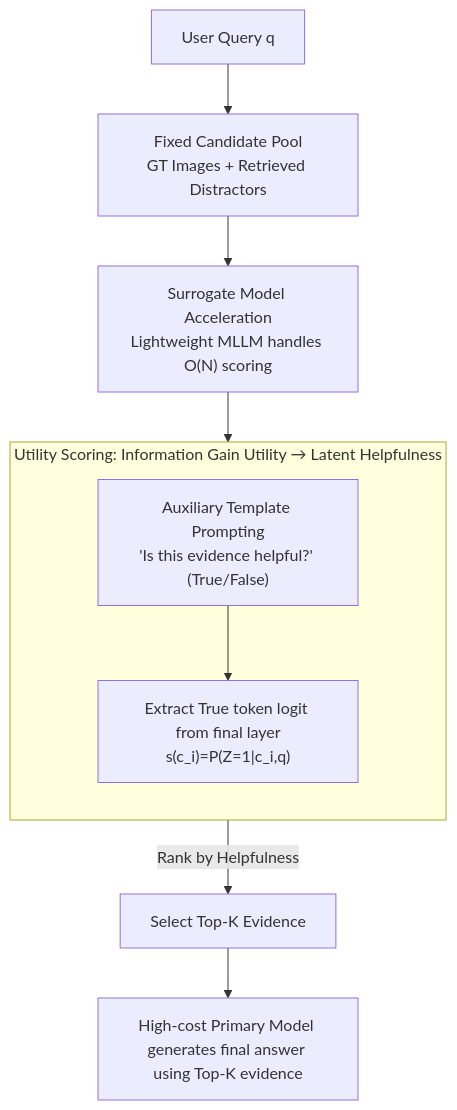
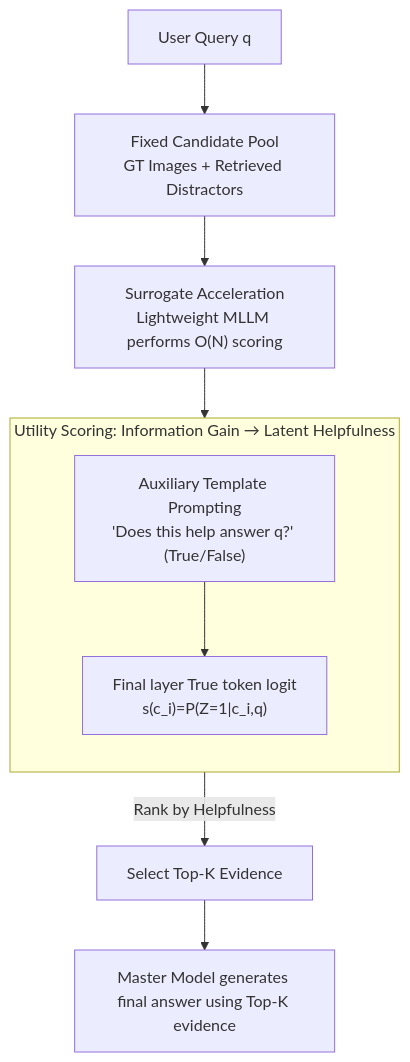
The diagram in docs/ACL2026/multimodal_vlm/utility-oriented_visual_evidence_selection_for_multimodal_retrieval-augmented_ge.md (zhaoyang97/Paper-Notes-en), drawn with Mermaid before and after one commit. The commit also changed other lines of this file and 5084 other files, not shown here.

````diff
--- a/docs/ACL2026/multimodal_vlm/utility-oriented_visual_evidence_selection_for_multimodal_retrieval-augmented_ge.md
+++ b/docs/ACL2026/multimodal_vlm/utility-oriented_visual_evidence_selection_for_multimodal_retrieval-augmented_ge.md
@@ -48,12 +48,12 @@
 ```mermaid
 graph TD
     Q["User Query q"] --> POOL["Fixed Candidate Pool<br/>GT Images + Retrieved Distractors"]
-    POOL --> SUR["Surrogate Model Acceleration<br/>Lightweight MLLM handles O(N) scoring"]
+    POOL --> SUR["Surrogate Acceleration<br/>Lightweight MLLM performs O(N) scoring"]
     SUR --> SCORE
-    subgraph SCORE["Utility Scoring: Information Gain Utility → Latent Helpfulness"]
+    subgraph SCORE["Utility Scoring: Information Gain → Latent Helpfulness"]
         direction TB
-        AUX["Auxiliary Template Prompting<br/>'Is this evidence helpful?' (True/False)"] --> LOGIT["Extract True token logit from final layer<br/>s(c_i)=P(Z=1|c_i,q)"]
+        AUX["Auxiliary Template Prompting<br/>'Does this help answer q?' (True/False)"] --> LOGIT["Final layer True token logit<br/>s(c_i)=P(Z=1|c_i,q)"]
     end
     SCORE -->|Rank by Helpfulness| TOPK["Select Top-K Evidence"]
-    TOPK --> GEN["High-cost Primary Model generates final answer using Top-K evidence"]
+    TOPK --> GEN["Master Model generates final answer using Top-K evidence"]
 ```
````
